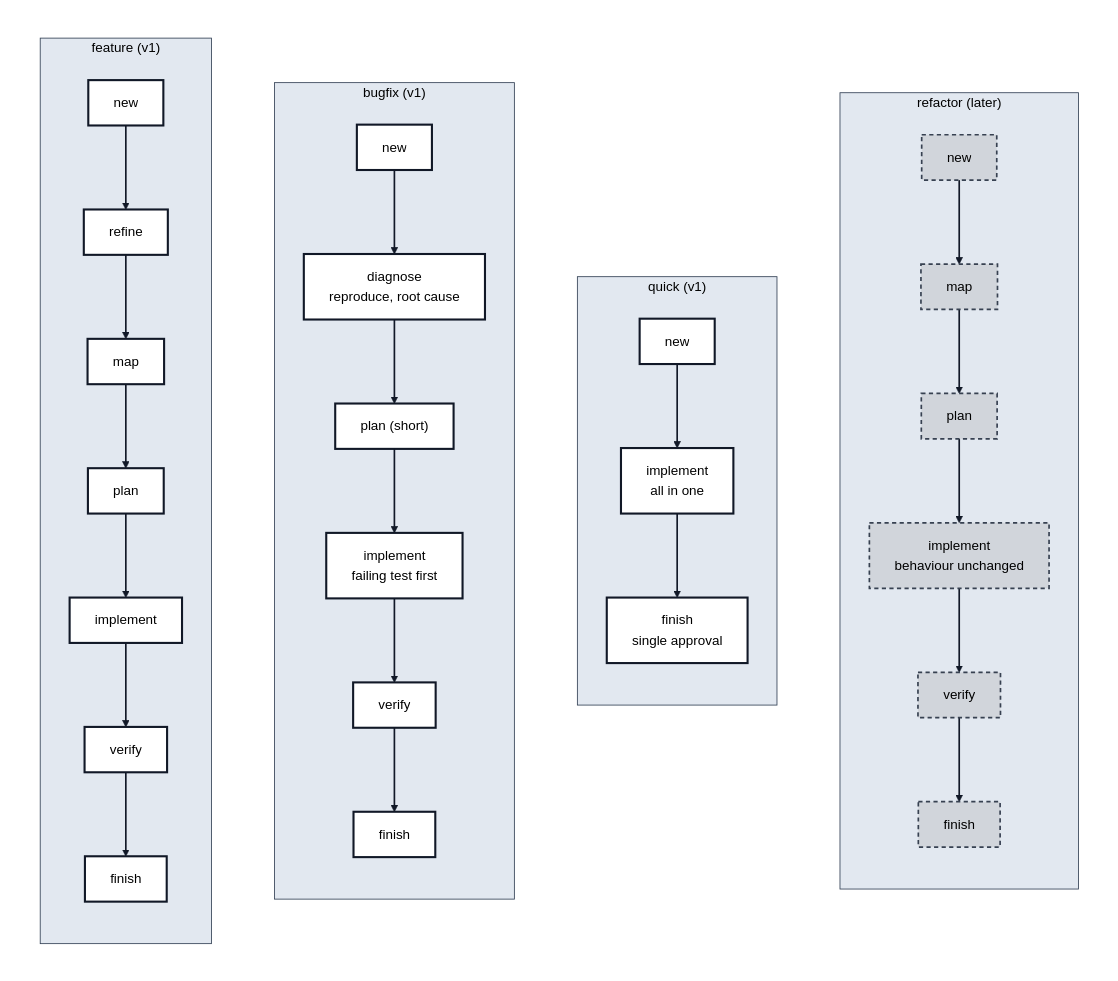
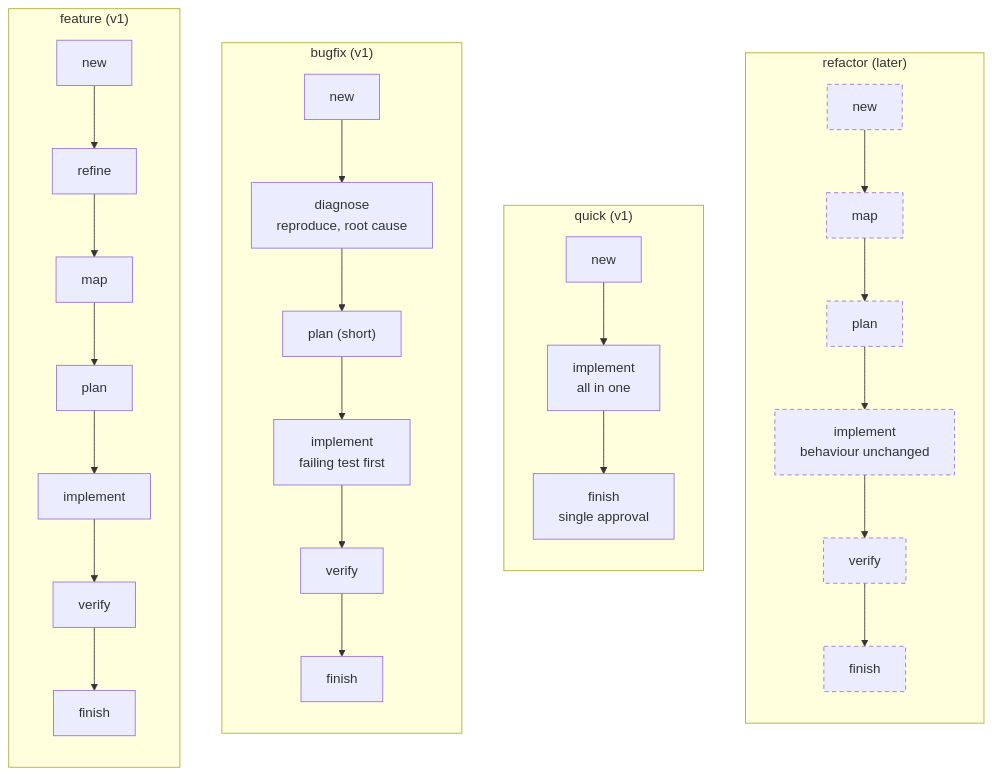
One commit to CreativeCodersTeam/shade-kit changed the second of 4 diagrams in research/shade-kit-concept.md. Above: the diagram before and after it, drawn with Mermaid. The commit also changed other lines of this file, not shown here.

First line of the commit message:
docs: streamline ShadeKit diagrams and refine workflow structures

````diff
--- a/research/shade-kit-concept.md
+++ b/research/shade-kit-concept.md
@@ -369,31 +360,23 @@
 ```mermaid
-%%{init: {"theme": "base", "themeVariables": {"fontSize": "16px", "primaryColor": "#ffffff", "primaryBorderColor": "#111827", "primaryTextColor": "#000000", "secondaryColor": "#e2e8f0", "tertiaryColor": "#e2e8f0", "textColor": "#000000", "titleColor": "#000000", "lineColor": "#111827", "clusterBkg": "#e2e8f0", "clusterBorder": "#334155", "edgeLabelBackground": "#ffffff"}}}%%
 flowchart LR
-    subgraph canvas[" "]
-        direction LR
-        subgraph feature["feature (v1)"]
-            direction TB
-            f1[new] --> f2[refine] --> f3[map] --> f4[plan] --> f5[implement] --> f6[verify] --> f7[finish]
-        end
-        subgraph bugfix["bugfix (v1)"]
-            direction TB
-            b1[new] --> b2["diagnose<br/>reproduce, root cause"] --> b3["plan (short)"] --> b4["implement<br/>failing test first"] --> b5[verify] --> b6[finish]
-        end
-        subgraph quick["quick (v1)"]
-            direction TB
-            q1[new] --> q2["implement<br/>all in one"] --> q3["finish<br/>single approval"]
-        end
-        subgraph refactor["refactor (later)"]
-            direction TB
-            r1[new] --> r2[map] --> r3[plan] --> r4["implement<br/>behaviour unchanged"] --> r5[verify] --> r6[finish]
-        end
-        feature ~~~ bugfix ~~~ quick ~~~ refactor
+    subgraph feature["feature (v1)"]
+        direction TB
+        f1[new] --> f2[refine] --> f3[map] --> f4[plan] --> f5[implement] --> f6[verify] --> f7[finish]
     end
+    subgraph bugfix["bugfix (v1)"]
+        direction TB
+        b1[new] --> b2["diagnose<br/>reproduce, root cause"] --> b3["plan (short)"] --> b4["implement<br/>failing test first"] --> b5[verify] --> b6[finish]
+    end
+    subgraph quick["quick (v1)"]
+        direction TB
+        q1[new] --> q2["implement<br/>all in one"] --> q3["finish<br/>single approval"]
+    end
+    subgraph refactor["refactor (later)"]
+        direction TB
+        r1[new] --> r2[map] --> r3[plan] --> r4["implement<br/>behaviour unchanged"] --> r5[verify] --> r6[finish]
+    end
+    feature ~~~ bugfix ~~~ quick ~~~ refactor
 
-    linkStyle 0,1,2,3,4,5,6,7,8,9,10,11,12,13,14,15,16,17 stroke:#111827,stroke-width:2px
-    style canvas fill:#ffffff,stroke:#ffffff
-    classDef phase fill:#ffffff,stroke:#111827,stroke-width:2.5px,color:#000000
-    classDef later fill:#d1d5db,stroke:#374151,stroke-width:2px,color:#000000,stroke-dasharray:5 4
-    class f1,f2,f3,f4,f5,f6,f7,b1,b2,b3,b4,b5,b6,q1,q2,q3 phase
+    classDef later stroke-dasharray:5 4
     class r1,r2,r3,r4,r5,r6 later
 ```
````
